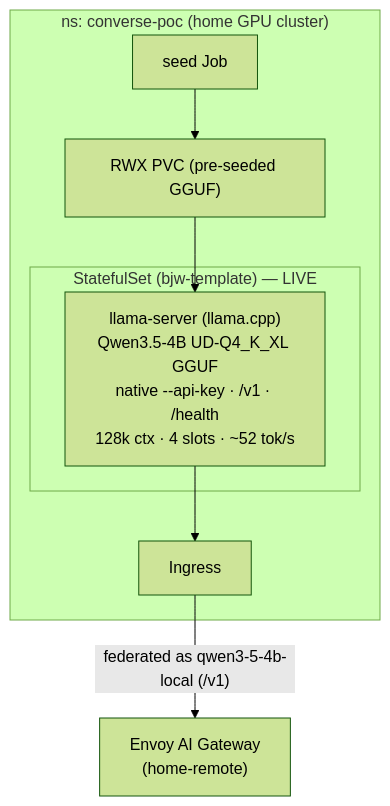
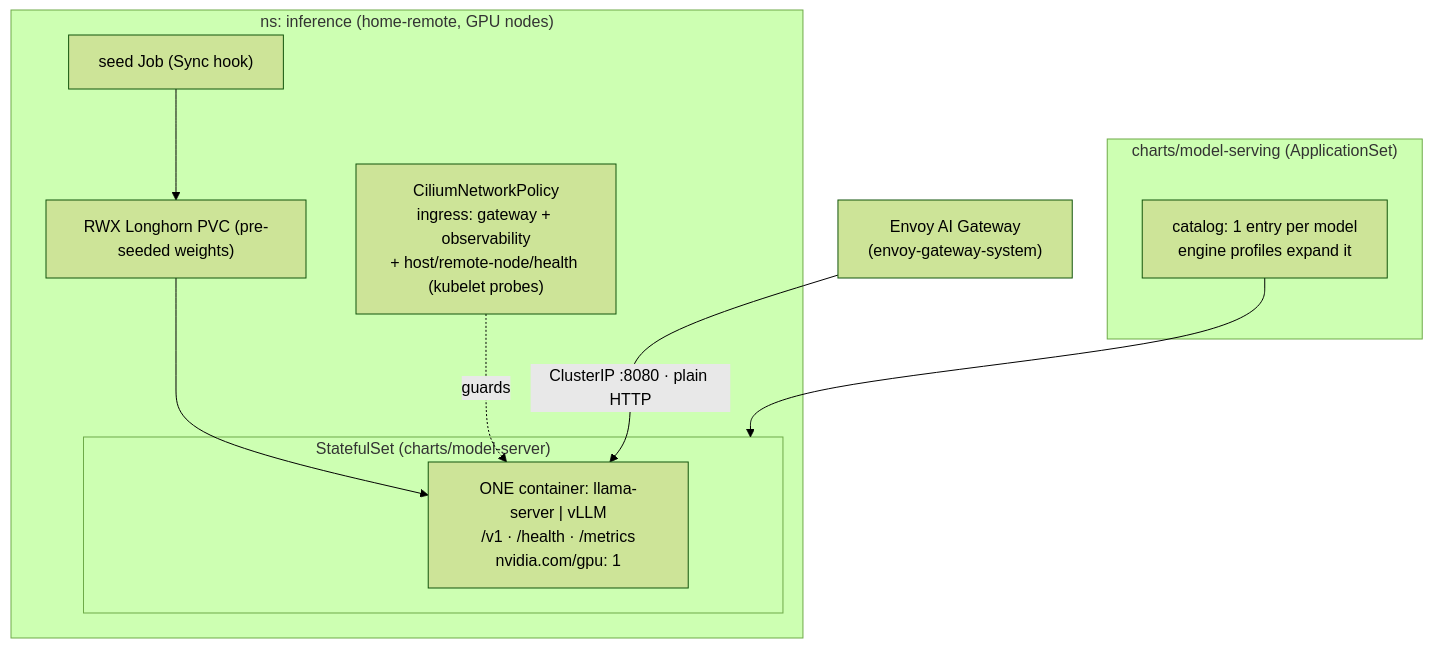
The third of 3 diagrams in docs/architecture/09-model-serving.md (ADORSYS-GIS/ai-helm), drawn with Mermaid (forest theme) before and after one commit. The commit also changed other lines of this file and 4 other files, not shown here.

````diff
--- a/docs/architecture/09-model-serving.md
+++ b/docs/architecture/09-model-serving.md
@@ -67,17 +71,19 @@
 ```mermaid
 flowchart TB
-    subgraph poc["ns: converse-poc (home GPU cluster)"]
-        subgraph ss["StatefulSet (bjw-template) — LIVE"]
-            LS["llama-server (llama.cpp)<br/>Qwen3.5-4B UD-Q4_K_XL GGUF<br/>native --api-key · /v1 · /health<br/>128k ctx · 4 slots · ~52 tok/s"]
+    subgraph orch2["charts/model-serving (ApplicationSet)"]
+        CAT["catalog: 1 entry per model<br/>engine profiles expand it"]
+    end
+    subgraph inf["ns: inference (home-remote, GPU nodes)"]
+        subgraph ss["StatefulSet (charts/model-server)"]
+            ENG["ONE container: llama-server | vLLM<br/>/v1 · /health · /metrics<br/>nvidia.com/gpu: 1"]
         end
-        PVC["RWX PVC (pre-seeded GGUF)"]
-        SEED["seed Job"]
-        ING["Ingress"]
-        SEED --> PVC --> LS
-        LS --> ING
+        PVC["RWX Longhorn PVC (pre-seeded weights)"]
+        SEED["seed Job (Sync hook)"]
+        CNP["CiliumNetworkPolicy<br/>ingress: gateway + observability<br/>+ host/remote-node/health (kubelet probes)"]
+        SEED --> PVC --> ENG
+        CNP -.guards.-> ENG
     end
-
-    GW["Envoy AI Gateway<br/>(home-remote)"]
-    ING -->|"federated as qwen3-5-4b-local (/v1)"| GW
-
+    GW["Envoy AI Gateway<br/>(envoy-gateway-system)"]
+    CAT --> ss
+    GW -->|"ClusterIP :8080 · plain HTTP"| ENG
 ```
````
